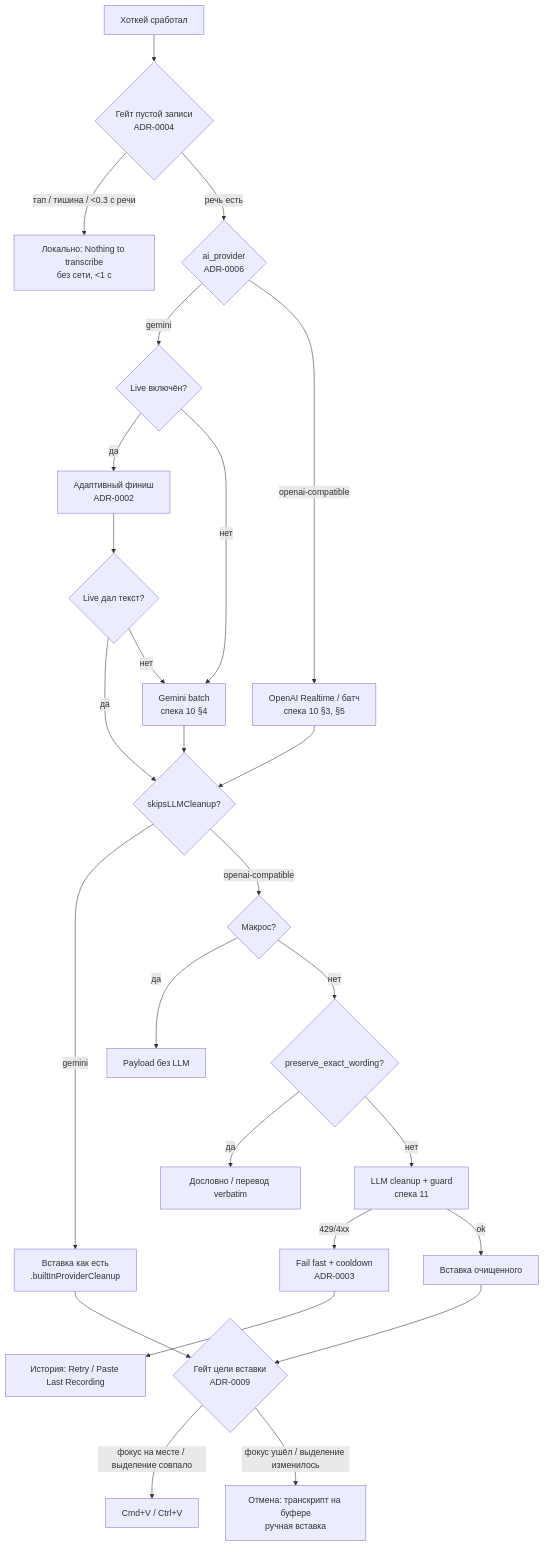
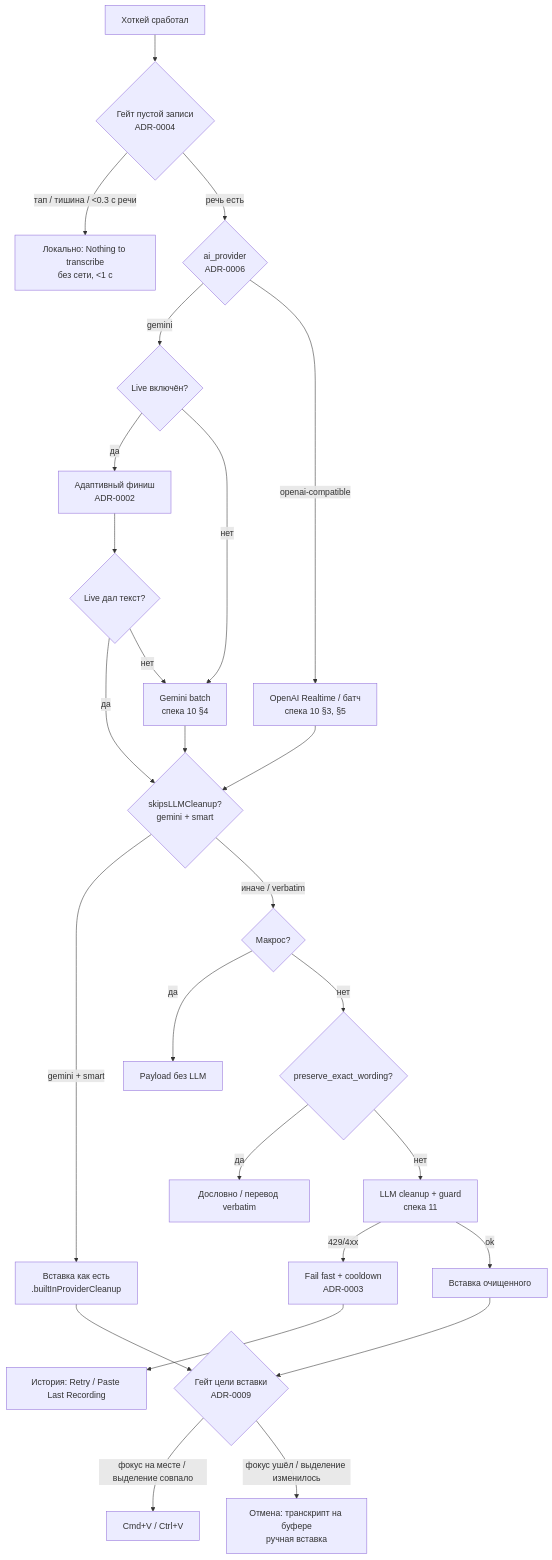
The diagram in docs/adr/decision-tree.md (nick8cyber/OmniFlow), drawn with Mermaid before and after one commit. The commit also changed other lines of this file and 21 other files, not shown here.

First line of the commit message:
feat: configurable Gemini transcription mode (smart/verbatim)

````diff
--- a/docs/adr/decision-tree.md
+++ b/docs/adr/decision-tree.md
@@ -7,28 +7,28 @@
 ```mermaid
 flowchart TD
     S[Хоткей сработал] --> G{Гейт пустой записи<br/>ADR-0004}
     G -- "тап / тишина / <0.3 c речи" --> L[Локально: Nothing to transcribe<br/>без сети, <1 c]
     G -- речь есть --> P{ai_provider<br/>ADR-0006}
     P -- gemini --> LIVE{Live включён?}
     P -- openai-compatible --> RT[OpenAI Realtime / батч<br/>спека 10 §3, §5]
     LIVE -- да --> LF[Адаптивный финиш<br/>ADR-0002]
     LIVE -- нет --> B[Gemini batch<br/>спека 10 §4]
     LF --> R{Live дал текст?}
-    R -- да --> C{skipsLLMCleanup?}
+    R -- да --> C{skipsLLMCleanup?<br/>gemini + smart}
     R -- нет --> B
     B --> C
     RT --> C
-    C -- "gemini" --> OUT[Вставка как есть<br/>.builtInProviderCleanup]
-    C -- openai-compatible --> M{Макрос?}
+    C -- "gemini + smart" --> OUT[Вставка как есть<br/>.builtInProviderCleanup]
+    C -- "иначе / verbatim" --> M{Макрос?}
     M -- да --> OUTM[Payload без LLM]
     M -- нет --> CL{preserve_exact_wording?}
     CL -- да --> OUTW[Дословно / перевод verbatim]
     CL -- нет --> LLM[LLM cleanup + guard<br/>спека 11]
     LLM -- 429/4xx --> FF[Fail fast + cooldown<br/>ADR-0003]
     FF --> RECOVER[История: Retry / Paste Last Recording]
     LLM -- ok --> OUT2[Вставка очищенного]
     OUT --> GATE{Гейт цели вставки<br/>ADR-0009}
     OUT2 --> GATE
     GATE -- "фокус на месте / выделение совпало" --> V[Cmd+V / Ctrl+V]
     GATE -- "фокус ушёл / выделение изменилось" --> SKIP[Отмена: транскрипт на буфере<br/>ручная вставка]
 ```
````
